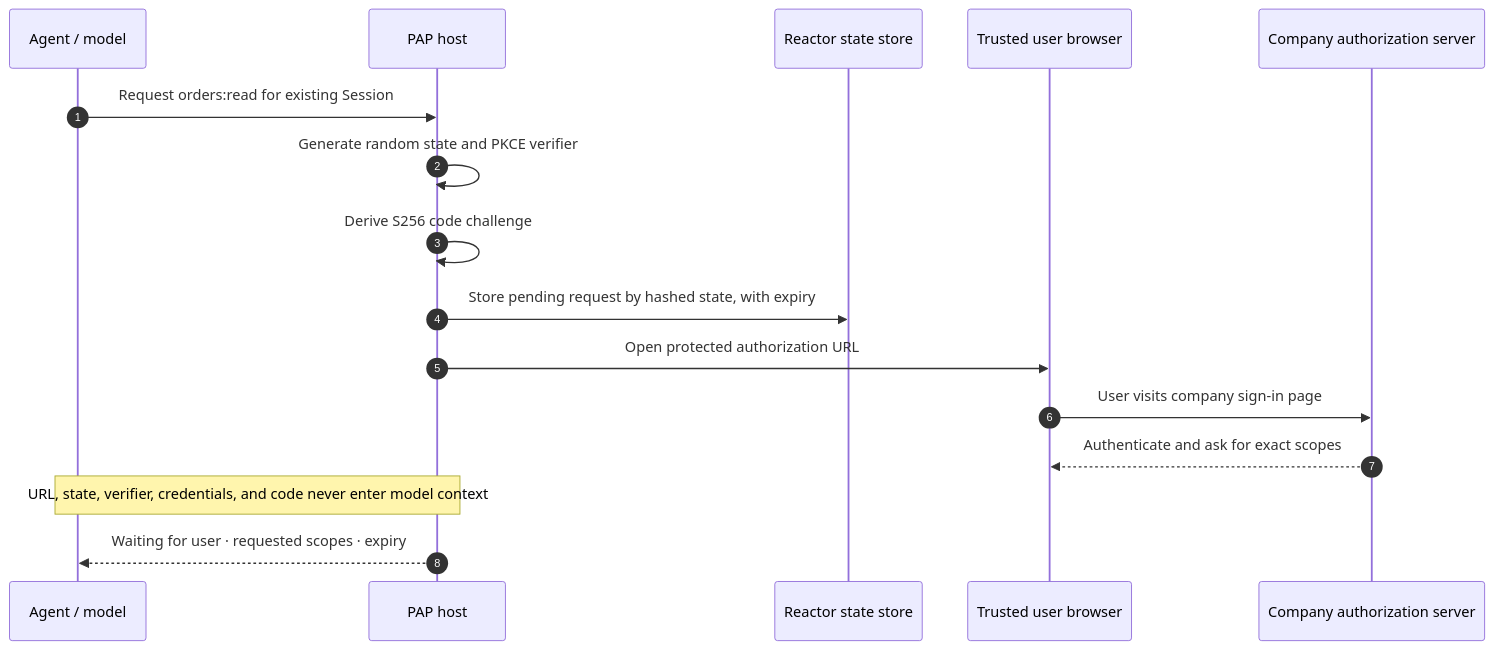
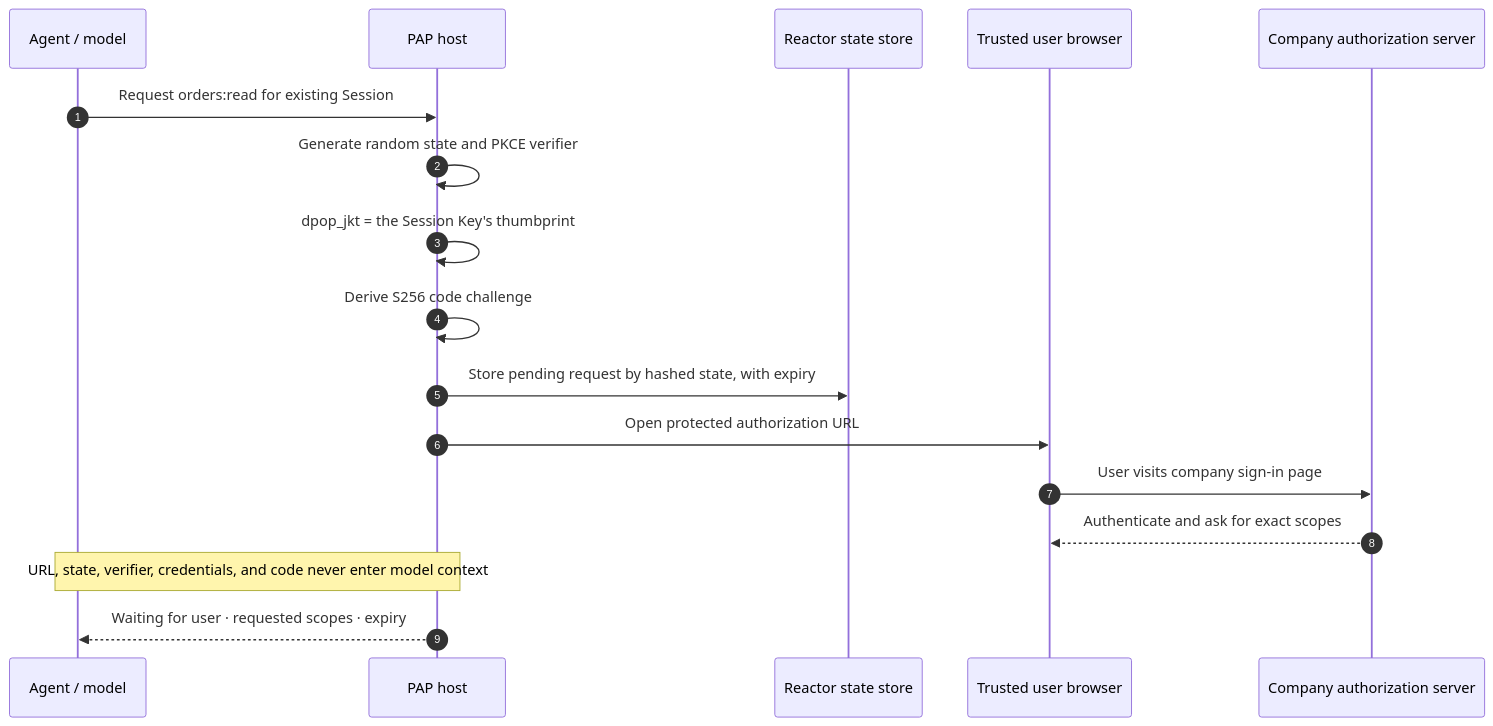
Before and after one commit to datalayer/personal-agent-protocol: the diagram in docs/docs/examples/direct-sign-in-boundary.mdx, drawn with Mermaid. The commit also changed other lines of this file and 95 other files, not shown here.

````diff
--- a/docs/docs/examples/direct-sign-in-boundary.mdx
+++ b/docs/docs/examples/direct-sign-in-boundary.mdx
@@ -18,18 +18,19 @@
 ```mermaid
 sequenceDiagram
   autonumber
   participant M as Agent / model
   participant H as PAP host
   participant R as Reactor state store
   participant B as Trusted user browser
   participant C as Company authorization server
   M->>H: Request orders:read for existing Session
   H->>H: Generate random state and PKCE verifier
+  H->>H: dpop_jkt = the Session Key's thumbprint
   H->>H: Derive S256 code challenge
   H->>R: Store pending request by hashed state, with expiry
   H->>B: Open protected authorization URL
   B->>C: User visits company sign-in page
   C-->>B: Authenticate and ask for exact scopes
   Note over H,M: URL, state, verifier, credentials, and code never enter model context
   H-->>M: Waiting for user · requested scopes · expiry
 ```
````
